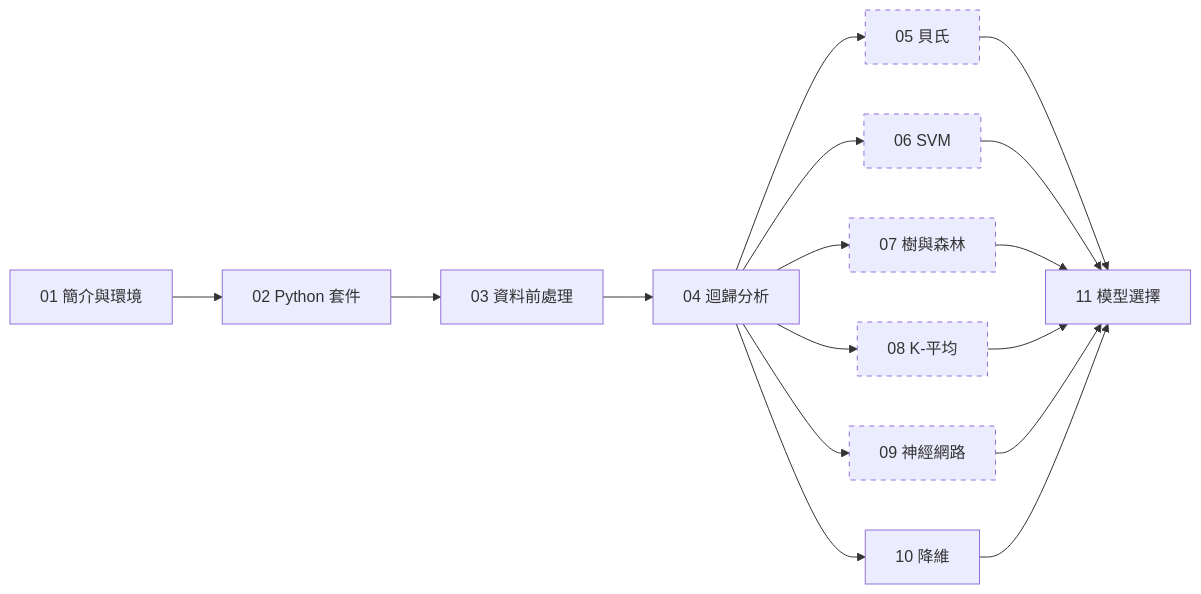
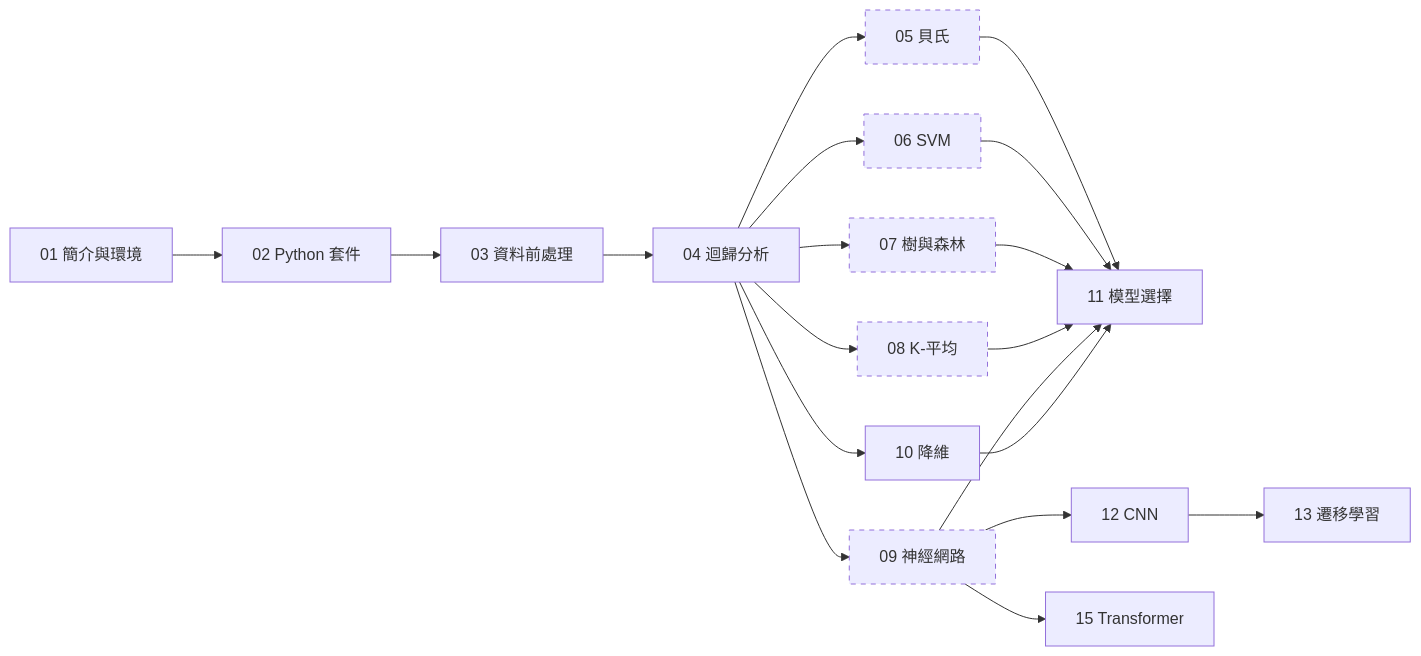
The diagram in docs/index.md (fireman333/ml-for-med-students), drawn with Mermaid before and after one commit. The commit also changed other lines of this file and 33 other files, not shown here.

First line of the commit message:
feat: add Deep Learning part (ch12 CNN, ch13 transfer learning, ch15 Transformer)

````diff
--- a/docs/index.md
+++ b/docs/index.md
@@ -91,23 +117,26 @@
 ```mermaid
 flowchart LR
     A["01 簡介與環境"] --> B["02 Python 套件"]
     B --> C["03 資料前處理"]
     C --> D["04 迴歸分析"]
     D --> E["05 貝氏"]
     D --> F["06 SVM"]
     D --> G["07 樹與森林"]
     D --> H["08 K-平均"]
     D --> I["09 神經網路"]
     E --> K["11 模型選擇"]
     F --> K
     G --> K
     H --> K
     I --> K
     D --> J["10 降維"]
     J --> K
+    I --> L["12 CNN"]
+    L --> M["13 遷移學習"]
+    I --> N["15 Transformer"]
     style E stroke-dasharray: 5 5
     style F stroke-dasharray: 5 5
     style G stroke-dasharray: 5 5
     style H stroke-dasharray: 5 5
     style I stroke-dasharray: 5 5
 ```
````
